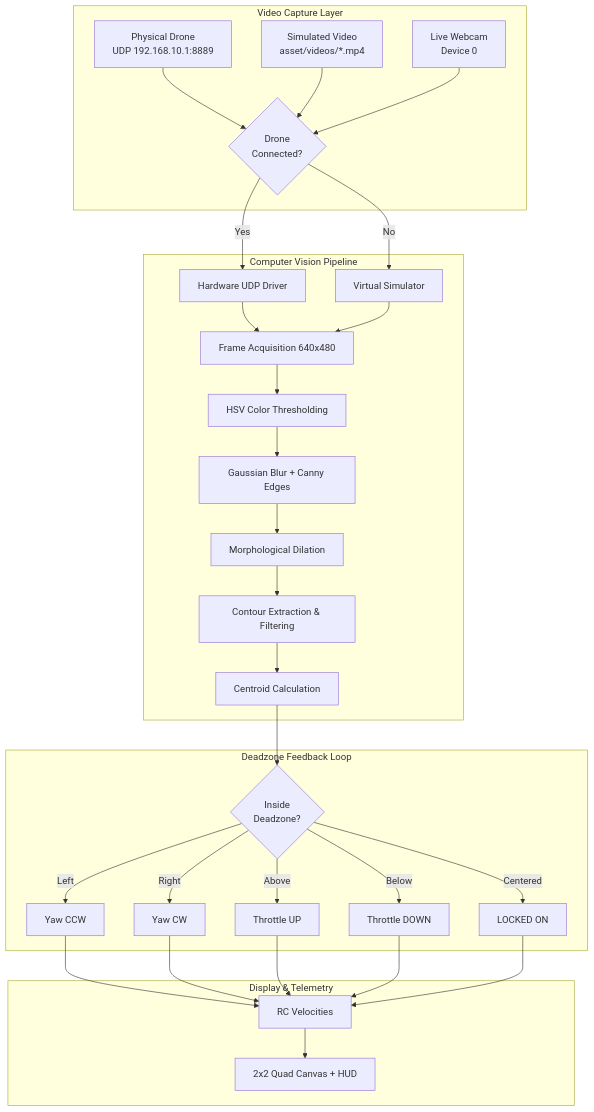
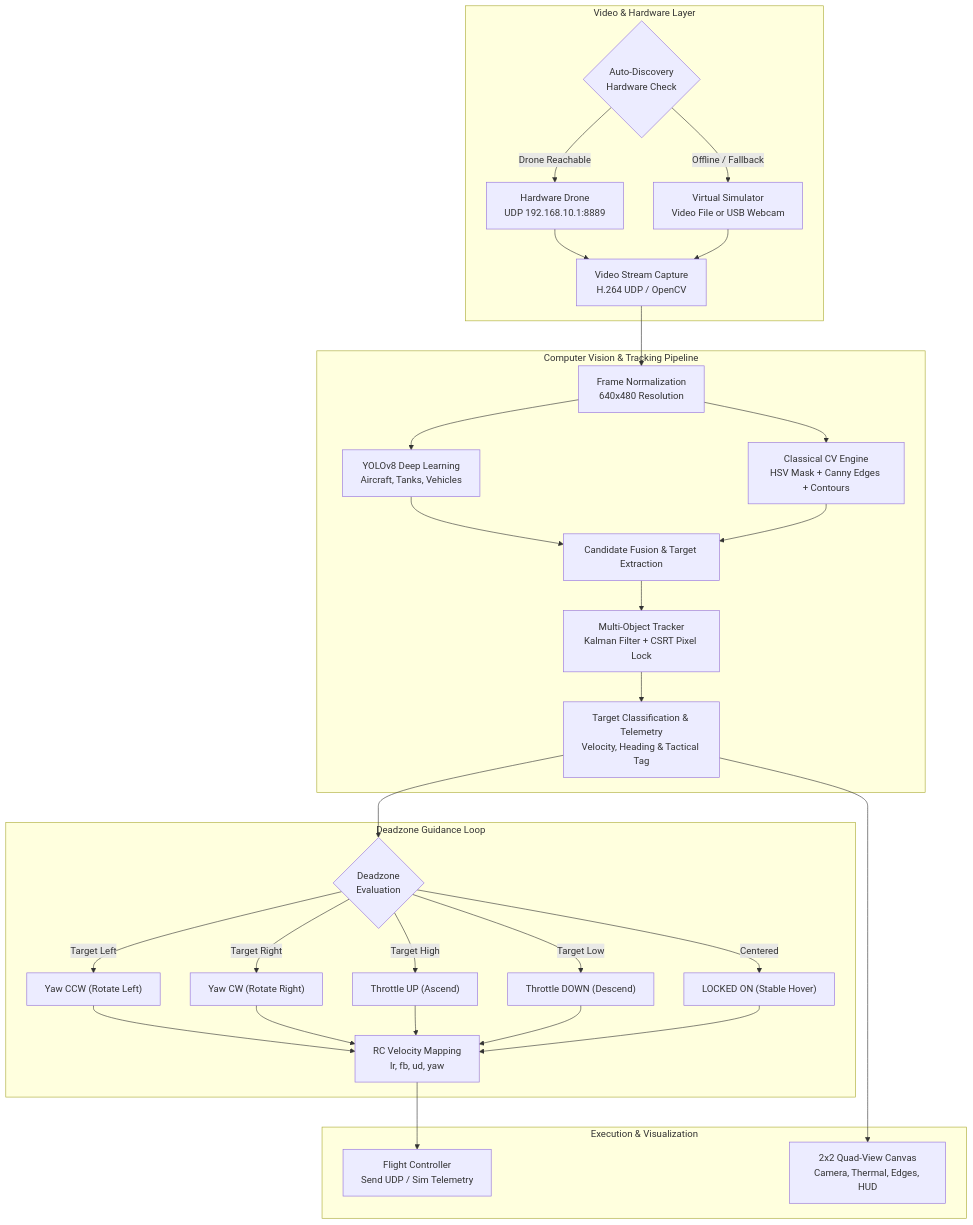
One commit to mohd-faizy/aerial-target-tracking changed the diagram in README.md. Above: the diagram before and after it, drawn with Mermaid. The commit also changed other lines of this file and 4 other files, not shown here.

````diff
--- a/README.md
+++ b/README.md
@@ -194,39 +194,39 @@
 ```mermaid
 flowchart TD
-    subgraph Input ["Video Capture Layer"]
-        A1["Physical Drone<br/>UDP 192.168.10.1:8889"] --> B{"Drone<br/>Connected?"}
-        A2["Simulated Video<br/>asset/videos/*.mp4"] --> B
-        A3["Live Webcam<br/>Device 0"] --> B
+    subgraph Input ["Video & Hardware Layer"]
+        A{"Auto-Discovery<br/>Hardware Check"}
+        A -->|Drone Reachable| B1["Hardware Drone<br/>UDP 192.168.10.1:8889"]
+        A -->|Offline / Fallback| B2["Virtual Simulator<br/>Video File or USB Webcam"]
+        B1 --> C["Video Stream Capture<br/>H.264 UDP / OpenCV"]
+        B2 --> C
     end
 
-    B -->|Yes| C["Hardware UDP Driver"]
-    B -->|No| D["Virtual Simulator"]
-
-    subgraph Vision ["Computer Vision Pipeline"]
-        C --> E["Frame Acquisition 640x480"]
-        D --> E
-        E --> F["HSV Color Thresholding"]
-        F --> G["Gaussian Blur + Canny Edges"]
-        G --> H["Morphological Dilation"]
-        H --> I["Contour Extraction & Filtering"]
-        I --> J["Centroid Calculation"]
+    subgraph Vision ["Computer Vision & Tracking Pipeline"]
+        C --> D["Frame Normalization<br/>640x480 Resolution"]
+        D --> E1["YOLOv8 Deep Learning<br/>Aircraft, Tanks, Vehicles"]
+        D --> E2["Classical CV Engine<br/>HSV Mask + Canny Edges + Contours"]
+        E1 --> F["Candidate Fusion & Target Extraction"]
+        E2 --> F
+        F --> G["Multi-Object Tracker<br/>Kalman Filter + CSRT Pixel Lock"]
+        G --> H["Target Classification & Telemetry<br/>Velocity, Heading & Tactical Tag"]
     end
 
-    subgraph Control ["Deadzone Feedback Loop"]
-        J --> K{"Inside<br/>Deadzone?"}
-        K -->|Left| L1["Yaw CCW"]
-        K -->|Right| L2["Yaw CW"]
-        K -->|Above| L3["Throttle UP"]
-        K -->|Below| L4["Throttle DOWN"]
-        K -->|Centered| L5["LOCKED ON"]
+    subgraph Control ["Deadzone Guidance Loop"]
+        H --> I{"Deadzone<br/>Evaluation"}
+        I -->|Target Left| J1["Yaw CCW (Rotate Left)"]
+        I -->|Target Right| J2["Yaw CW (Rotate Right)"]
+        I -->|Target High| J3["Throttle UP (Ascend)"]
+        I -->|Target Low| J4["Throttle DOWN (Descend)"]
+        I -->|Centered| J5["LOCKED ON (Stable Hover)"]
+        J1 --> K["RC Velocity Mapping<br/>lr, fb, ud, yaw"]
+        J2 --> K
+        J3 --> K
+        J4 --> K
+        J5 --> K
     end
 
-    subgraph Output ["Display & Telemetry"]
-        L1 --> M["RC Velocities"]
-        L2 --> M
-        L3 --> M
-        L4 --> M
-        L5 --> M
-        M --> N["2x2 Quad Canvas + HUD"]
+    subgraph Output ["Execution & Visualization"]
+        K --> L1["Flight Controller<br/>Send UDP / Sim Telemetry"]
+        H --> L2["2x2 Quad-View Canvas<br/>Camera, Thermal, Edges, HUD"]
     end
 ```
````
